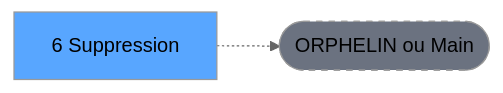
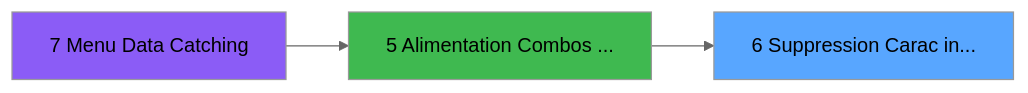
One commit to thonyAGP/magic-migration changed the second of 3 diagrams in .openspec/specs/ADH-IDE-6.md. Above: the diagram before and after it, drawn with Mermaid (neutral theme). The commit also changed other lines of this file and 253 other files, not shown here.

````diff
--- a/.openspec/specs/ADH-IDE-6.md
+++ b/.openspec/specs/ADH-IDE-6.md
@@ -117,8 +134,11 @@
 ```mermaid
 graph LR
-    T[6     Suppression]
-    ORPHAN([ORPHELIN ou Main])
-    T -.-> ORPHAN
-    style T fill:#58a6ff,color:#000
-    style ORPHAN fill:#6b7280,stroke-dasharray: 5 5
+    T6[6 Suppression Carac in...]
+    style T6 fill:#58a6ff
+    CC7[7 Menu Data Catching]
+    style CC7 fill:#8b5cf6
+    CC5[5 Alimentation Combos ...]
+    style CC5 fill:#3fb950
+    CC7 --> CC5
+    CC5 --> T6
 ```
````
